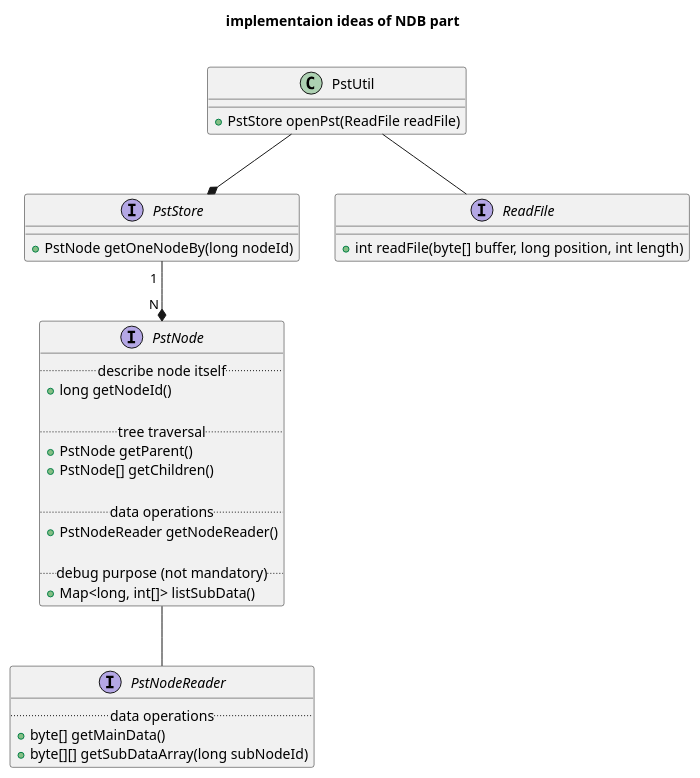
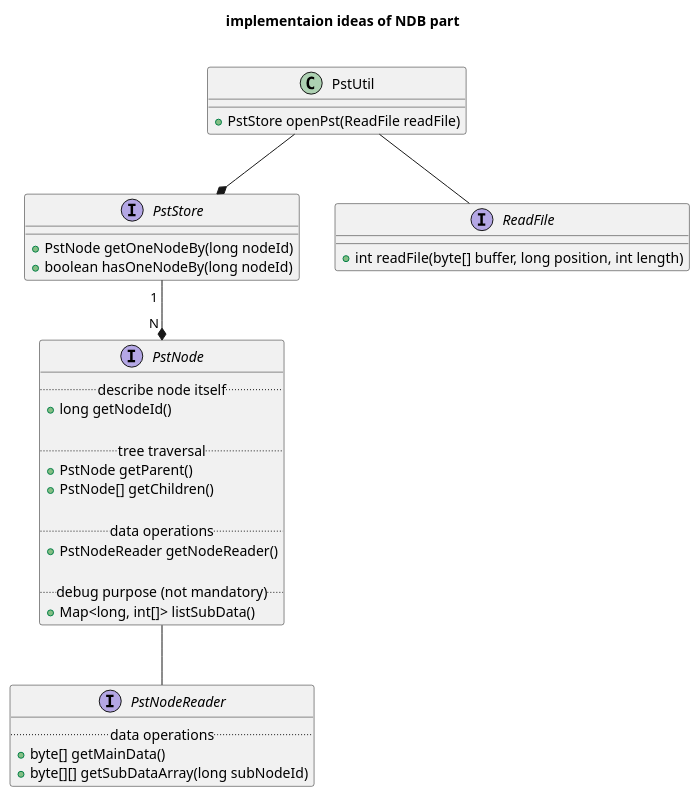
The second of 5 diagrams in plantuml/base.plantuml (Kris-LIBIS/ruby-msg), drawn with PlantUML before and after one commit. The commit also changed 1 other file, not shown here.

Commit message:
Adding possibility to check existence of nodeId

```diff
--- a/plantuml/base.plantuml
+++ b/plantuml/base.plantuml
@@ -15,42 +15,43 @@
 @startuml schematic
 title implementaion ideas of NDB part\n
 
 class PstUtil {
     + PstStore openPst(ReadFile readFile)
 }
 
 interface PstStore {
     + PstNode getOneNodeBy(long nodeId)
+    + boolean hasOneNodeBy(long nodeId)
 }
 
 interface PstNode {
     .. describe node itself ..
     + long getNodeId()
 
     .. tree traversal ..
     + PstNode getParent()
     + PstNode[] getChildren()
 
     .. data operations ..
     + PstNodeReader getNodeReader()
 
     .. debug purpose (not mandatory) ..
     + Map<long, int[]> listSubData()
 }
 
 interface PstNodeReader {
     .. data operations ..
     + byte[] getMainData()
     + byte[][] getSubDataArray(long subNodeId)
 }
 
 PstUtil --* PstStore
 PstUtil -- ReadFile
 PstStore " 1 " --* " N " PstNode
 PstNode -- PstNodeReader
 
 interface ReadFile {
     + int readFile(byte[] buffer, long position, int length)
 }
 
 @enduml
```
